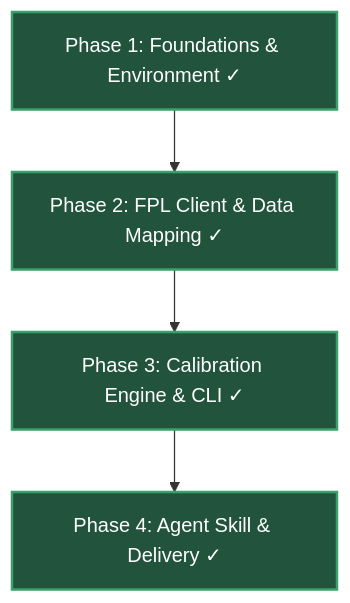
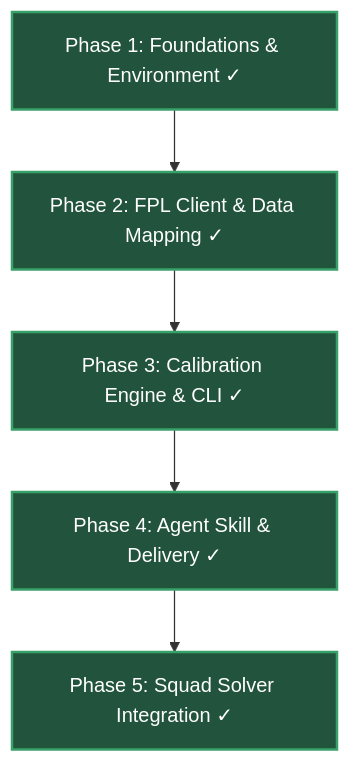
One commit to JubileeZ/jubilee-solio-calibrate changed the diagram in ROADMAP.md. Above: the diagram before and after it, drawn with Mermaid. The commit also changed other lines of this file and 59 other files, not shown here.

Commit message:
feat(solver): integrate open-fpl-solver with Solio projections, CLI, and solve-squad skill

````diff
--- a/ROADMAP.md
+++ b/ROADMAP.md
@@ -20,11 +20,13 @@
 ```mermaid
 flowchart TD
     P1["Phase 1: Foundations & Environment ✓"] --> P2["Phase 2: FPL Client & Data Mapping ✓"]
     P2 --> P3["Phase 3: Calibration Engine & CLI ✓"]
     P3 --> P4["Phase 4: Agent Skill & Delivery ✓"]
+    P4 --> P5["Phase 5: Squad Solver Integration ✓"]
 
     style P1 fill:#22543d,stroke:#38a169,stroke-width:2px,color:#fff
     style P2 fill:#22543d,stroke:#38a169,stroke-width:2px,color:#fff
     style P3 fill:#22543d,stroke:#38a169,stroke-width:2px,color:#fff
     style P4 fill:#22543d,stroke:#38a169,stroke-width:2px,color:#fff
+    style P5 fill:#22543d,stroke:#38a169,stroke-width:2px,color:#fff
 ```
````
